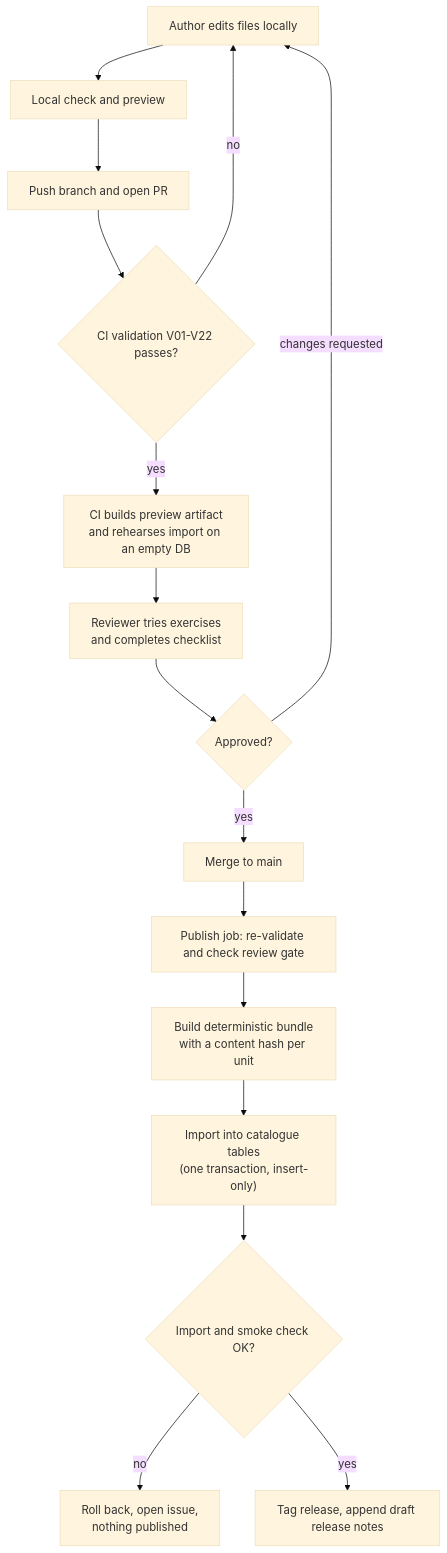
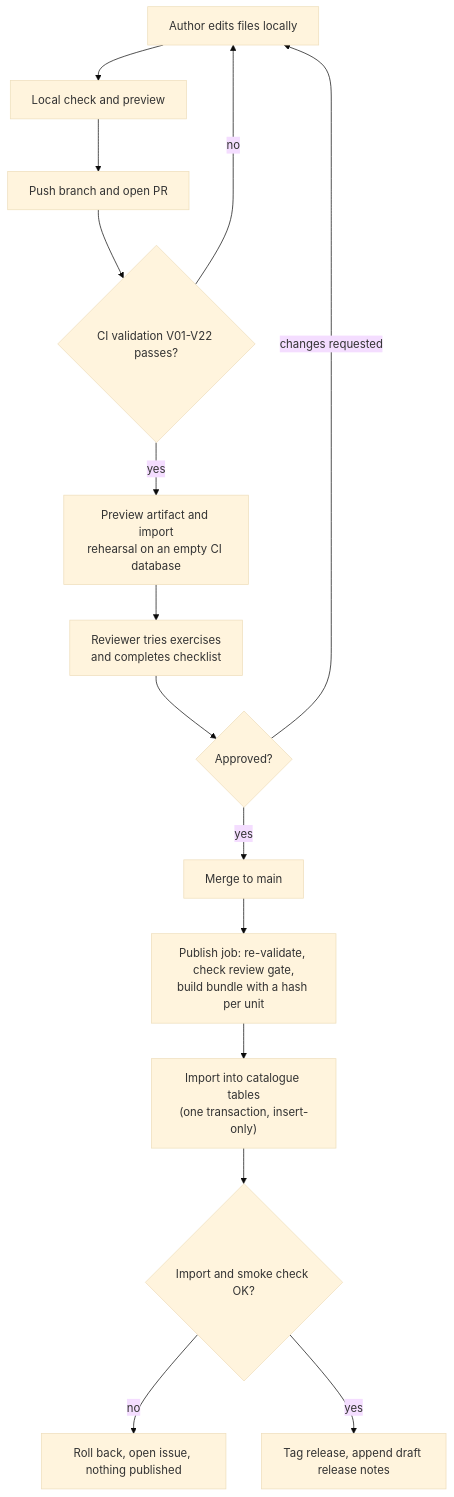
The third of 4 diagrams in devstep/docs/06-content-system.md (GhanshyamSoni68/app_idea), drawn with Mermaid (base theme) before and after one commit. The commit also changed other lines of this file and 2 other files, not shown here.

````diff
--- a/devstep/docs/06-content-system.md
+++ b/devstep/docs/06-content-system.md
@@ -563,18 +454,17 @@
 ```mermaid
 flowchart TD
   A["Author edits files locally"] --> B["Local check and preview"]
   B --> C["Push branch and open PR"]
   C --> D{"CI validation V01-V22 passes?"}
   D -->|no| A
-  D -->|yes| E["CI builds preview artifact<br/>and rehearses import on an empty DB"]
+  D -->|yes| E["Preview artifact and import<br/>rehearsal on an empty CI database"]
   E --> F["Reviewer tries exercises<br/>and completes checklist"]
   F --> G{"Approved?"}
   G -->|changes requested| A
   G -->|yes| H["Merge to main"]
-  H --> I["Publish job: re-validate and check review gate"]
-  I --> J["Build deterministic bundle<br/>with a content hash per unit"]
-  J --> K["Import into catalogue tables<br/>(one transaction, insert-only)"]
+  H --> I["Publish job: re-validate, check review gate,<br/>build bundle with a hash per unit"]
+  I --> K["Import into catalogue tables<br/>(one transaction, insert-only)"]
   K --> L{"Import and smoke check OK?"}
-  L -->|no| M["Roll back, open issue,<br/>nothing published"]
+  L -->|no| M["Roll back, open issue, nothing published"]
   L -->|yes| N["Tag release, append draft release notes"]
 ```
````
